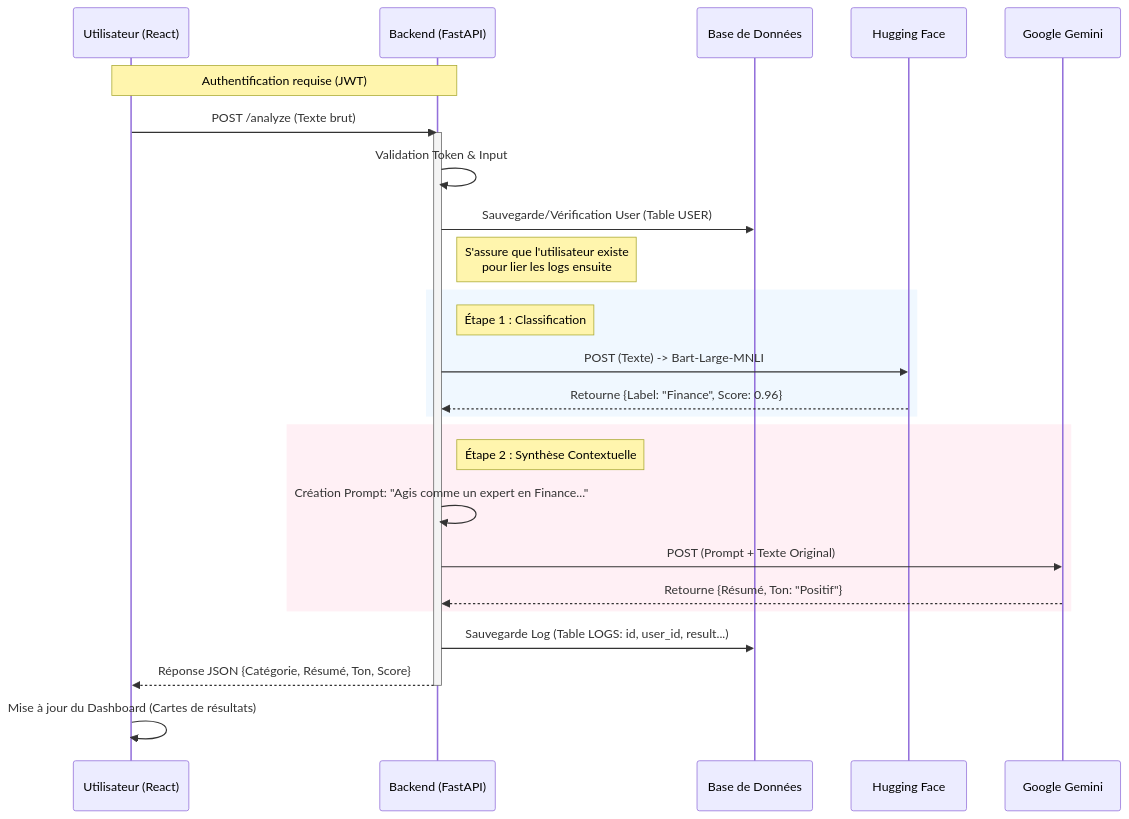
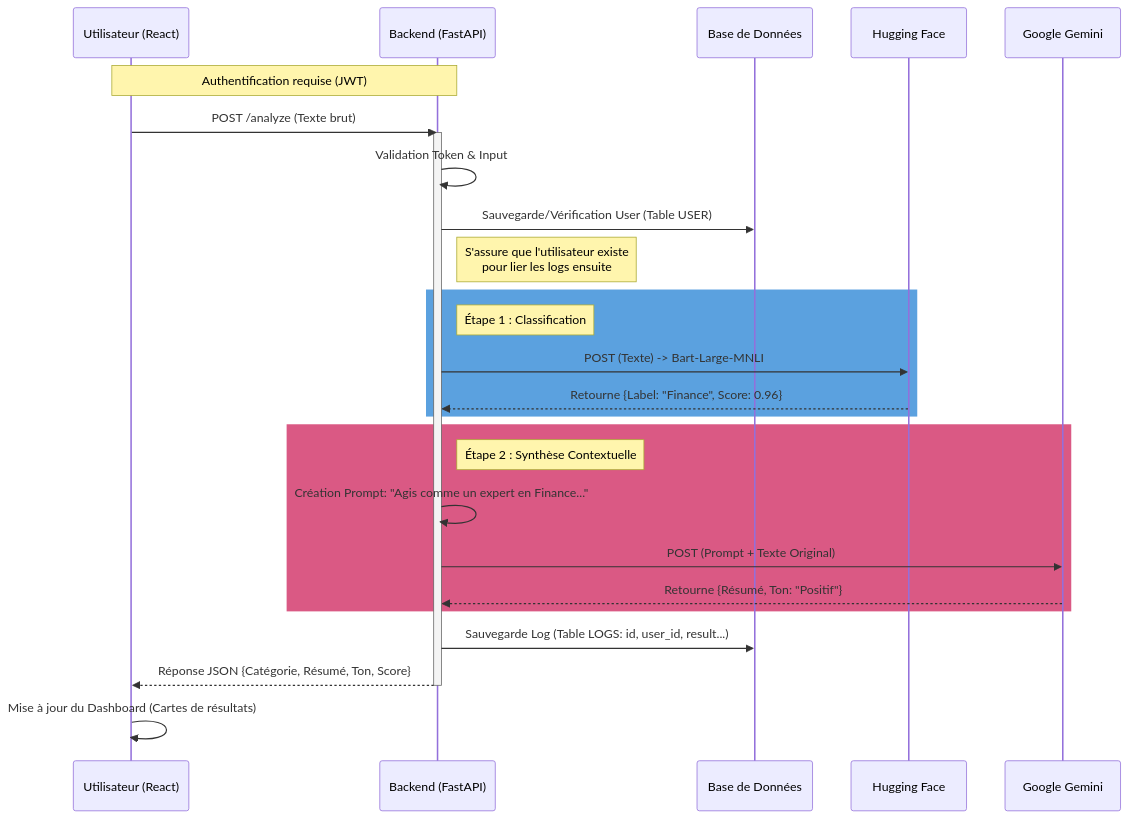
Before and after one commit to khadija199904/Plateforme_Orchestration_IA_Backend: the second of 2 diagrams in Readme.md, drawn with Mermaid.

Commit message:
modified:   Readme.md

````diff
--- a/Readme.md
+++ b/Readme.md
@@ -80,38 +80,38 @@
 ```mermaid
 sequenceDiagram
     participant U as Utilisateur (React)
     participant B as Backend (FastAPI)
     participant D as Base de Données
     participant HF as Hugging Face
     participant G as Google Gemini
 
     Note over U,B: Authentification requise (JWT)
     
     U->>B: POST /analyze (Texte brut)
     activate B
     B->>B: Validation Token & Input
     
     %% NOUVELLE ÉTAPE AJOUTÉE ICI
     B->>D: Sauvegarde/Vérification User (Table USER)
     note right of B: S'assure que l'utilisateur existe<br/>pour lier les logs ensuite
     
-    rect rgb(240, 248, 255)
+    rect rgba(91, 161, 223, 1)
         note right of B: Étape 1 : Classification
         B->>HF: POST (Texte) -> Bart-Large-MNLI
         HF-->>B: Retourne {Label: "Finance", Score: 0.96}
     end
     
-    rect rgb(255, 240, 245)
+    rect rgba(218, 89, 132, 1)
         note right of B: Étape 2 : Synthèse Contextuelle
         B->>B: Création Prompt: "Agis comme un expert en Finance..."
         B->>G: POST (Prompt + Texte Original)
         G-->>B: Retourne {Résumé, Ton: "Positif"}
     end
 
     B->>D: Sauvegarde Log (Table LOGS: id, user_id, result...)
     B-->>U: Réponse JSON {Catégorie, Résumé, Ton, Score}
     deactivate B
     
     U->>U: Mise à jour du Dashboard (Cartes de résultats)
 
 ```
````
